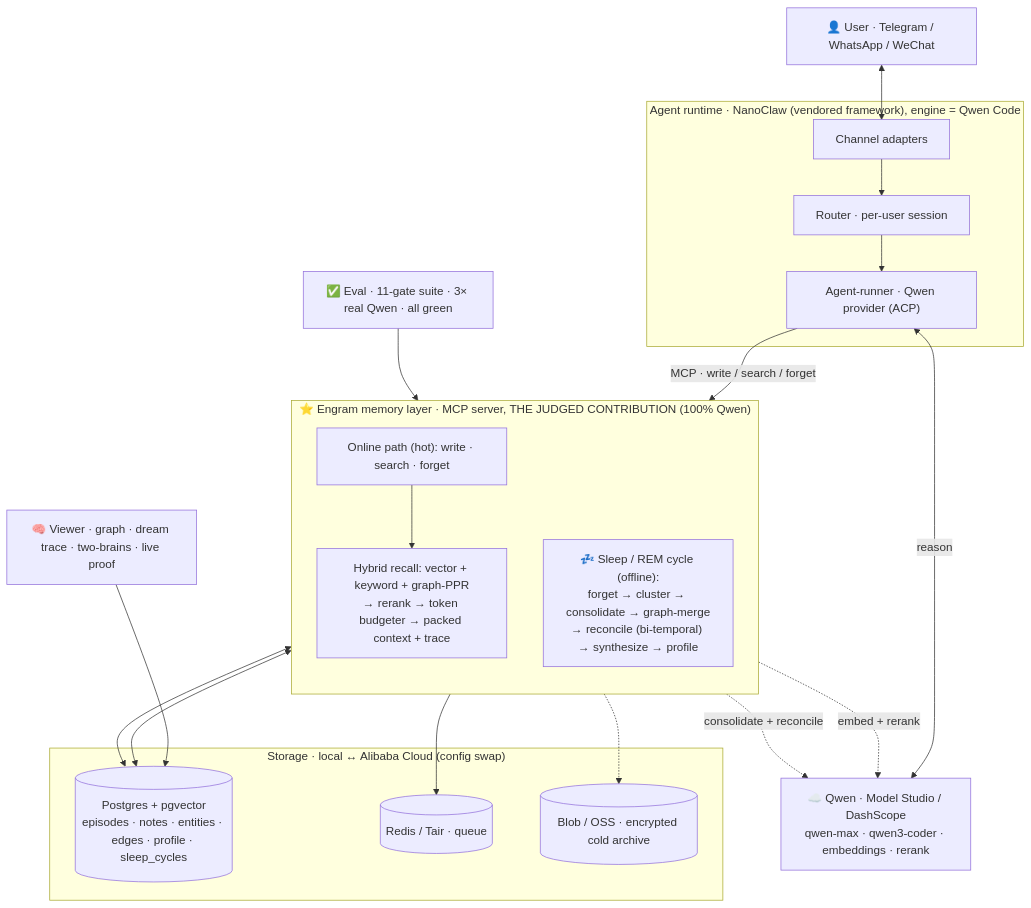
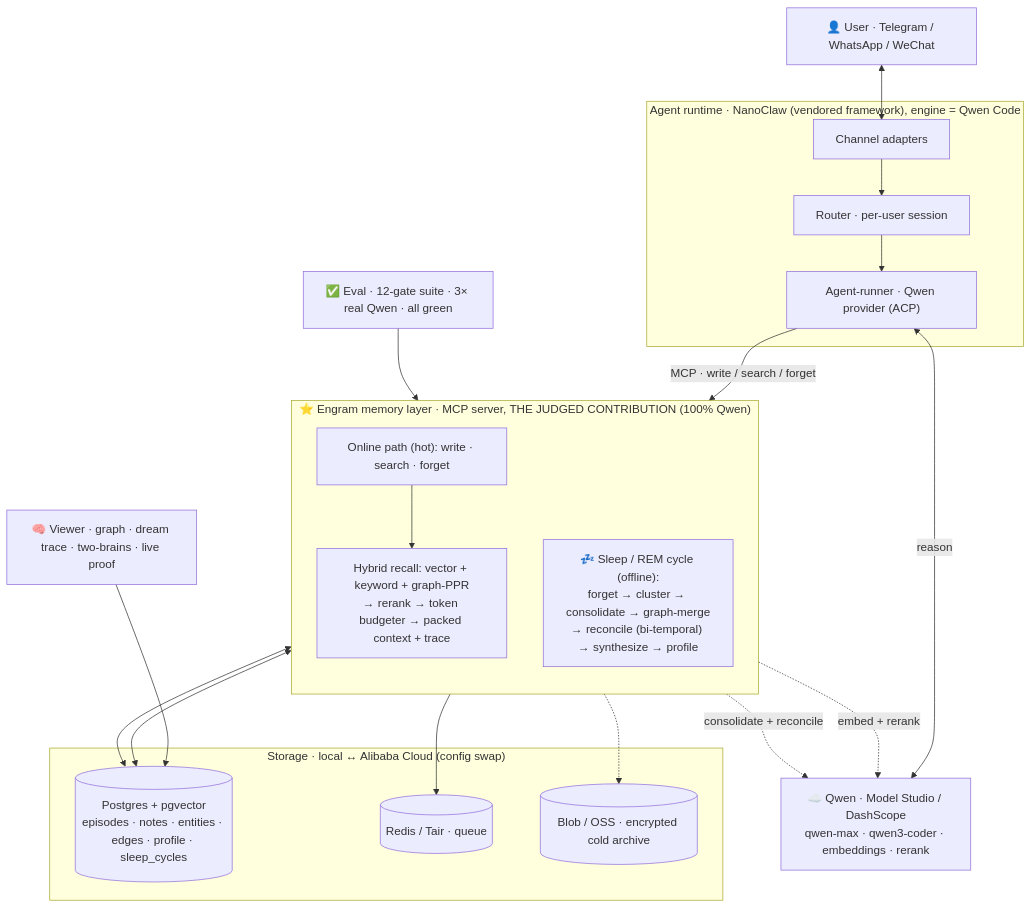
Before and after one commit to tzechong94/engram: the diagram in ARCHITECTURE.md, drawn with Mermaid. The commit also changed 14 other files, not shown here.

````diff
--- a/ARCHITECTURE.md
+++ b/ARCHITECTURE.md
@@ -13,39 +13,39 @@
 ```mermaid
 flowchart TB
   User["👤 User · Telegram / WhatsApp / WeChat"]
 
   subgraph AGENT["Agent runtime · NanoClaw (vendored framework), engine = Qwen Code"]
     ADAPT["Channel adapters"] --> ROUTER["Router · per-user session"] --> RUNNER["Agent-runner · Qwen provider (ACP)"]
   end
 
   QWEN["☁️ Qwen · Model Studio / DashScope<br/>qwen-max · qwen3-coder · embeddings · rerank"]
 
   subgraph ENGRAM["⭐ Engram memory layer · MCP server, THE JUDGED CONTRIBUTION (100% Qwen)"]
     direction TB
     ONLINE["Online path (hot): write · search · forget"]
     RECALL["Hybrid recall: vector + keyword + graph-PPR<br/>→ rerank → token budgeter → packed context + trace"]
     SLEEP["💤 Sleep / REM cycle (offline):<br/>forget → cluster → consolidate → graph-merge<br/>→ reconcile (bi-temporal) → synthesize → profile"]
     ONLINE --> RECALL
   end
 
   subgraph STORE["Storage · local ↔ Alibaba Cloud (config swap)"]
     PG[("Postgres + pgvector<br/>episodes · notes · entities · edges · profile · sleep_cycles")]
     REDIS[("Redis / Tair · queue")]
     BLOB[("Blob / OSS · encrypted cold archive")]
   end
 
   VIEWER["🧠 Viewer · graph · dream trace · two-brains · live proof"]
-  EVAL["✅ Eval · 11-gate suite · 3× real Qwen · all green"]
+  EVAL["✅ Eval · 12-gate suite · 3× real Qwen · all green"]
 
   User <--> ADAPT
   RUNNER <-->|reason| QWEN
   RUNNER -->|"MCP · write / search / forget"| ONLINE
   ONLINE <--> PG
   RECALL -. embed + rerank .-> QWEN
   SLEEP <--> PG
   SLEEP -. consolidate + reconcile .-> QWEN
   ONLINE -.-> BLOB
   ONLINE --> REDIS
   VIEWER --> PG
   EVAL --> ENGRAM
 ```
````
